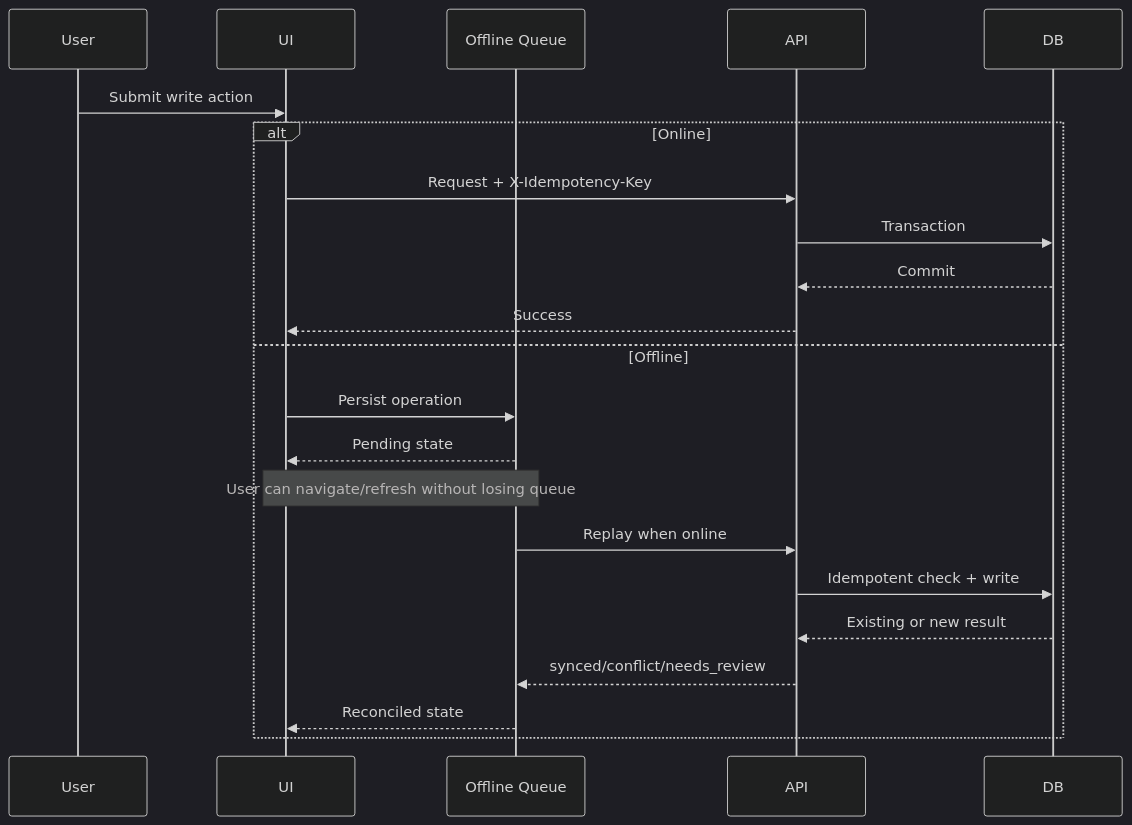
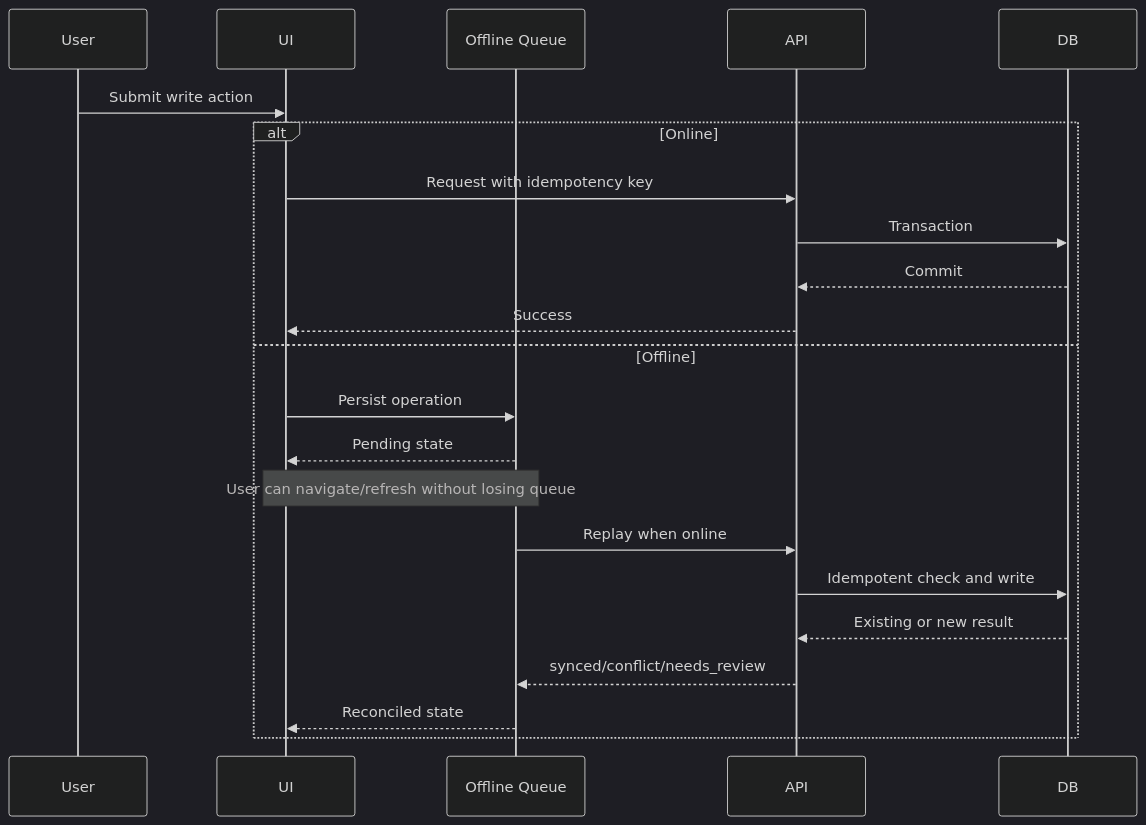
The third of 6 diagrams in README.md (Asout3/bakery-ops-app), drawn with Mermaid (dark theme) before and after one commit. The commit also changed other lines of this file and 23 other files, not shown here.

Commit message:
Remove batch sync columns and harden README diagrams

````diff
--- a/README.md
+++ b/README.md
@@ -124,25 +119,25 @@
 ```mermaid
 sequenceDiagram
   participant User
   participant UI
   participant Queue as Offline Queue
   participant API
   participant DB
 
   User->>UI: Submit write action
   alt Online
-    UI->>API: Request + X-Idempotency-Key
+    UI->>API: Request with idempotency key
     API->>DB: Transaction
     DB-->>API: Commit
     API-->>UI: Success
   else Offline
     UI->>Queue: Persist operation
     Queue-->>UI: Pending state
     Note over UI,Queue: User can navigate/refresh without losing queue
     Queue->>API: Replay when online
-    API->>DB: Idempotent check + write
+    API->>DB: Idempotent check and write
     DB-->>API: Existing or new result
     API-->>Queue: synced/conflict/needs_review
     Queue-->>UI: Reconciled state
   end
 ```
````
